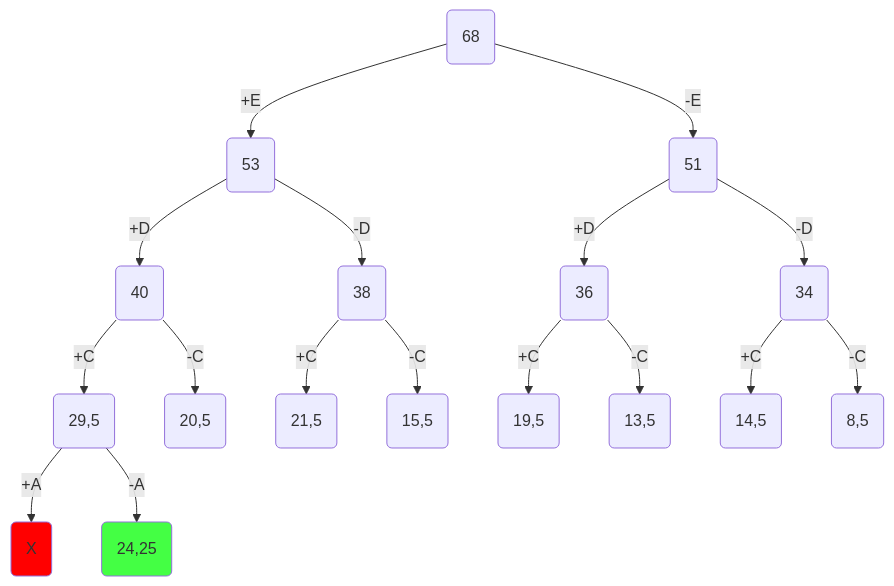
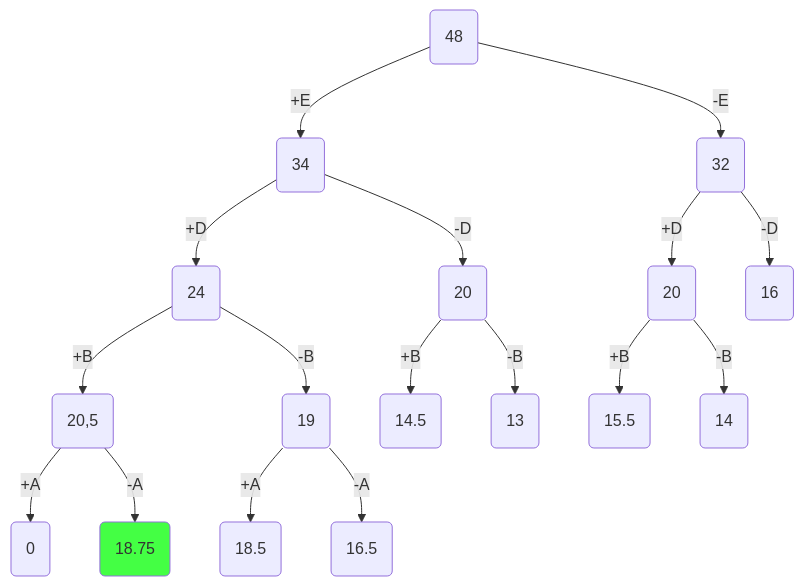
The eighth of 10 diagrams in 18task.md (ggpillow/algorithm), drawn with Mermaid before and after one commit. The commit also changed other lines of this file, not shown here.

````diff
--- a/18task.md
+++ b/18task.md
@@ -275,39 +395,38 @@
 ``` mermaid
 flowchart TD
-A(68)
-B(53)
-C(51)
-D(40)
-E(38)
-F(36)
-G(34)
-H(29,5)
-I(20,5)
-J(21,5)
-K(15,5)
-L(19,5)
-M(13,5)
-N(14,5)
-O(8,5)
-P(X)
-Q(24,25)
+A(48)
+B(34)
+C(32)
+D(24)
+E(20)
+F(20)
+G(16)
+H(20,5)
+I(19)
+J(0)
+K(18.75)
+L(14.5)
+M(13)
+N(15.5)
+O(14)
+P(18.5)
+R(16.5)
 A -- +E--> B
 A -- -E--> C
 B -- +D--> D
 B -- -D--> E
 C -- +D--> F
 C -- -D--> G
-D -- +C--> H
-D -- -C--> I
-E -- +C--> J
-E -- -C--> K
-F -- +C--> L
-F -- -C--> M
-G -- +C--> N
-G -- -C--> O
-H -- +A--> P
-H -- -A--> Q
+D -- +B--> H
+D -- -B--> I
+H -- +A--> J
+H -- -A--> K
+E -- +B--> L
+E -- -B--> M
+F -- +B--> N
+F -- -B--> O
+I -- +A--> P
+I -- -A--> R
 
-style P fill:#FF0000
-style Q fill:#4f4f
+style K fill:#4f4f
 ```
````
